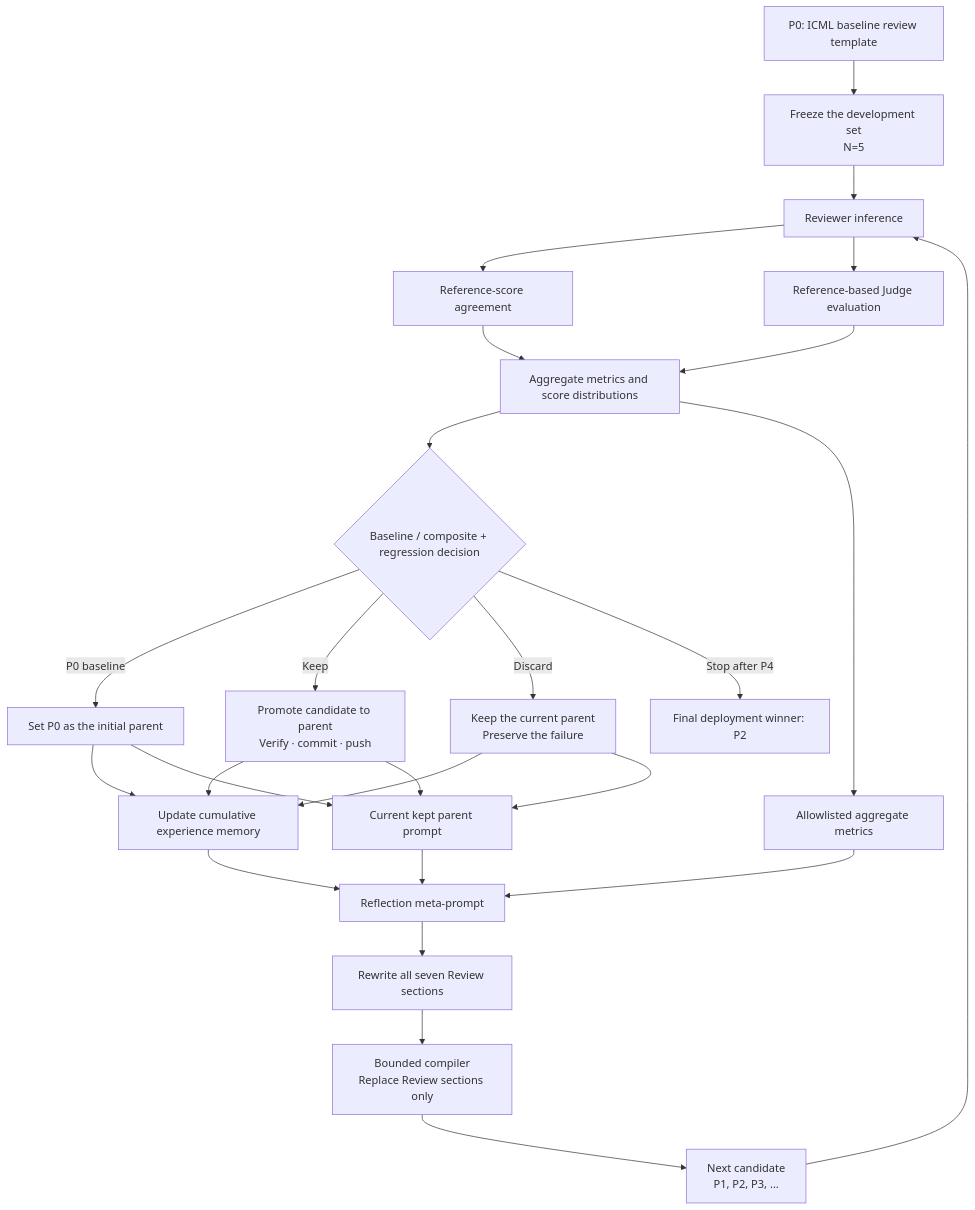
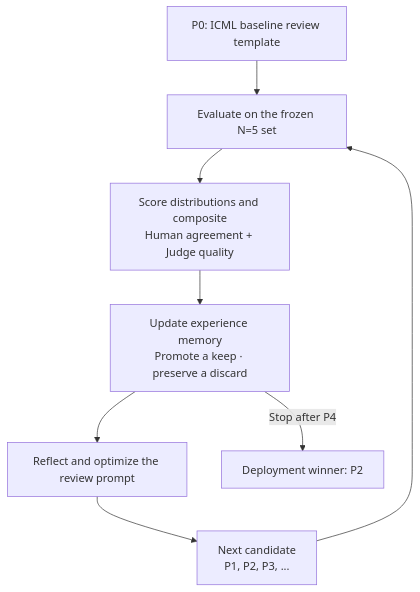
The diagram in docs/2026-07-12-review-prompt-optimization-loop.md (baeseongsu/ralphthon-icml), drawn with Mermaid before and after one commit.

Commit message:
docs(review-prompt): simplify autoresearch loop diagram

````diff
--- a/docs/2026-07-12-review-prompt-optimization-loop.md
+++ b/docs/2026-07-12-review-prompt-optimization-loop.md
@@ -22,32 +22,10 @@
 ```mermaid
 flowchart TD
-    A["P0: ICML baseline review template"] --> B["Freeze the development set<br/>N=5"]
-    B --> C["Reviewer inference"]
-    C --> D["Reference-score agreement"]
-    C --> E["Reference-based Judge evaluation"]
-    D --> F["Aggregate metrics and score distributions"]
-    E --> F
-    F --> G{"Baseline / composite + regression decision"}
-
-    G -->|"P0 baseline"| H["Set P0 as the initial parent"]
-    G -->|"Keep"| I["Promote candidate to parent<br/>Verify · commit · push"]
-    G -->|"Discard"| J["Keep the current parent<br/>Preserve the failure"]
-
-    H --> K["Update cumulative experience memory"]
-    I --> K
-    J --> K
-    F --> L["Allowlisted aggregate metrics"]
-    H --> M["Current kept parent prompt"]
-    I --> M
-    J --> M
-
-    K --> N["Reflection meta-prompt"]
-    L --> N
-    M --> N
-    N --> O["Rewrite all seven Review sections"]
-    O --> P["Bounded compiler<br/>Replace Review sections only"]
-    P --> Q["Next candidate<br/>P1, P2, P3, ..."]
-    Q --> C
-
-    G -->|"Stop after P4"| R["Final deployment winner: P2"]
+    A["P0: ICML baseline review template"] --> B["Evaluate on the frozen N=5 set"]
+    B --> C["Score distributions and composite<br/>Human agreement + Judge quality"]
+    C --> D["Update experience memory<br/>Promote a keep · preserve a discard"]
+    D --> E["Reflect and optimize the review prompt"]
+    E --> F["Next candidate<br/>P1, P2, P3, ..."]
+    F --> B
+    D -->|"Stop after P4"| G["Deployment winner: P2"]
 ```
````
